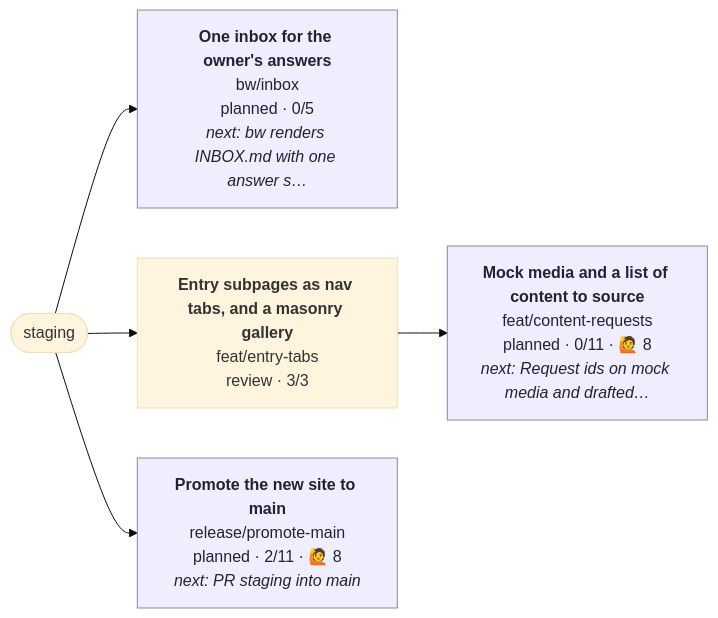
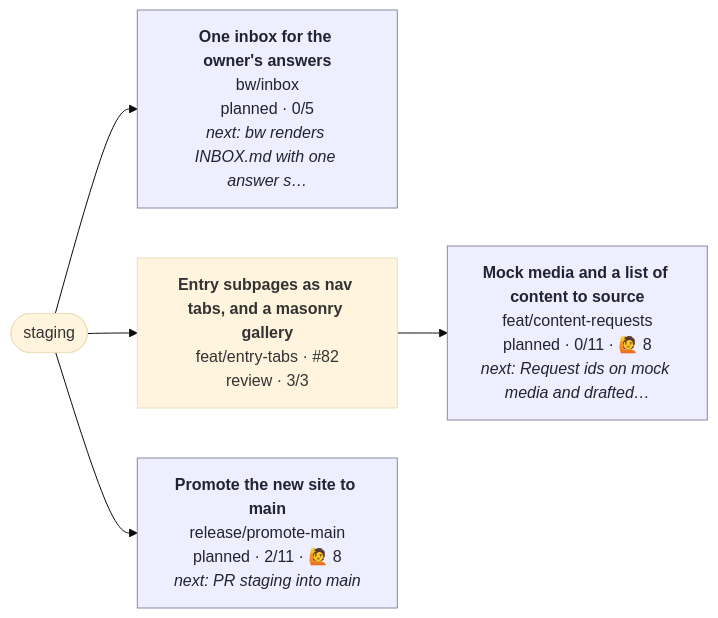
Before and after one commit to henryjonescodes/portfolio: the diagram in CONTRIBUTING.md, drawn with Mermaid (base theme). The commit also changed other lines of this file, not shown here.

````diff
--- a/CONTRIBUTING.md
+++ b/CONTRIBUTING.md
@@ -16,21 +16,21 @@
 ```mermaid
 flowchart LR
   n_staging([staging])
   n_bw_inbox["<b>One inbox for the owner's answers</b><br/>bw/inbox<br/>planned · 0/5<br/><i>next: bw renders INBOX.md with one answer s…</i>"]
   class n_bw_inbox planned
   n_staging --> n_bw_inbox
   n_feat_content_requests["<b>Mock media and a list of content to source</b><br/>feat/content-requests<br/>planned · 0/11 · 🙋 8<br/><i>next: Request ids on mock media and drafted…</i>"]
   class n_feat_content_requests planned
   n_feat_entry_tabs --> n_feat_content_requests
-  n_feat_entry_tabs["<b>Entry subpages as nav tabs, and a masonry gallery</b><br/>feat/entry-tabs<br/>review · 3/3"]
+  n_feat_entry_tabs["<b>Entry subpages as nav tabs, and a masonry gallery</b><br/>feat/entry-tabs · #82<br/>review · 3/3"]
   class n_feat_entry_tabs review,current
   n_staging --> n_feat_entry_tabs
   n_release_promote_main["<b>Promote the new site to main</b><br/>release/promote-main<br/>planned · 2/11 · 🙋 8<br/><i>next: PR staging into main</i>"]
   class n_release_promote_main planned
   n_staging --> n_release_promote_main
   classDef planned fill:#eef,stroke:#88a,color:#223
   classDef active fill:#dfd,stroke:#3a3,stroke-width:3px,color:#132
   classDef blocked fill:#fdd,stroke:#c33,color:#311
   classDef review fill:#ffd,stroke:#cc3,color:#331
   classDef current stroke:#06c,stroke-width:4px
 ```
````
